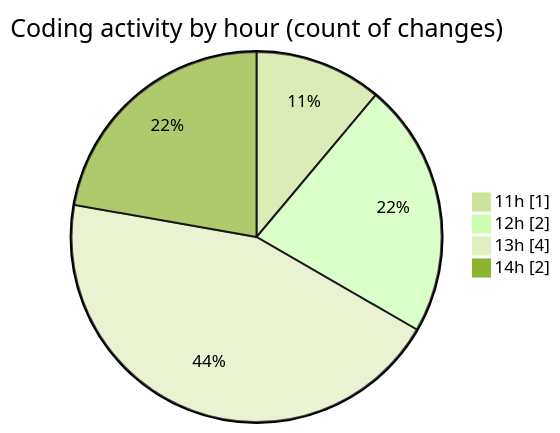
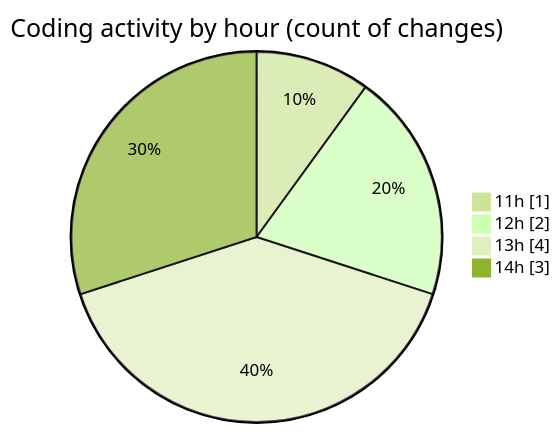
Before and after one commit to Ritupan-Deka/code-tracking: the second of 2 diagrams in 2025-07-18/urlwebwala_intership_work/README.md, drawn with Mermaid (forest theme). The commit also changed other lines of this file and 1 other file, not shown here.

````diff
--- a/2025-07-18/urlwebwala_intership_work/README.md
+++ b/2025-07-18/urlwebwala_intership_work/README.md
@@ -29,8 +29,8 @@
 ```mermaid
 pie showData
 title Coding activity by hour (count of changes)
 "11h" : 1
 "12h" : 2
 "13h" : 4
-"14h" : 2
+"14h" : 3
 ```
````
